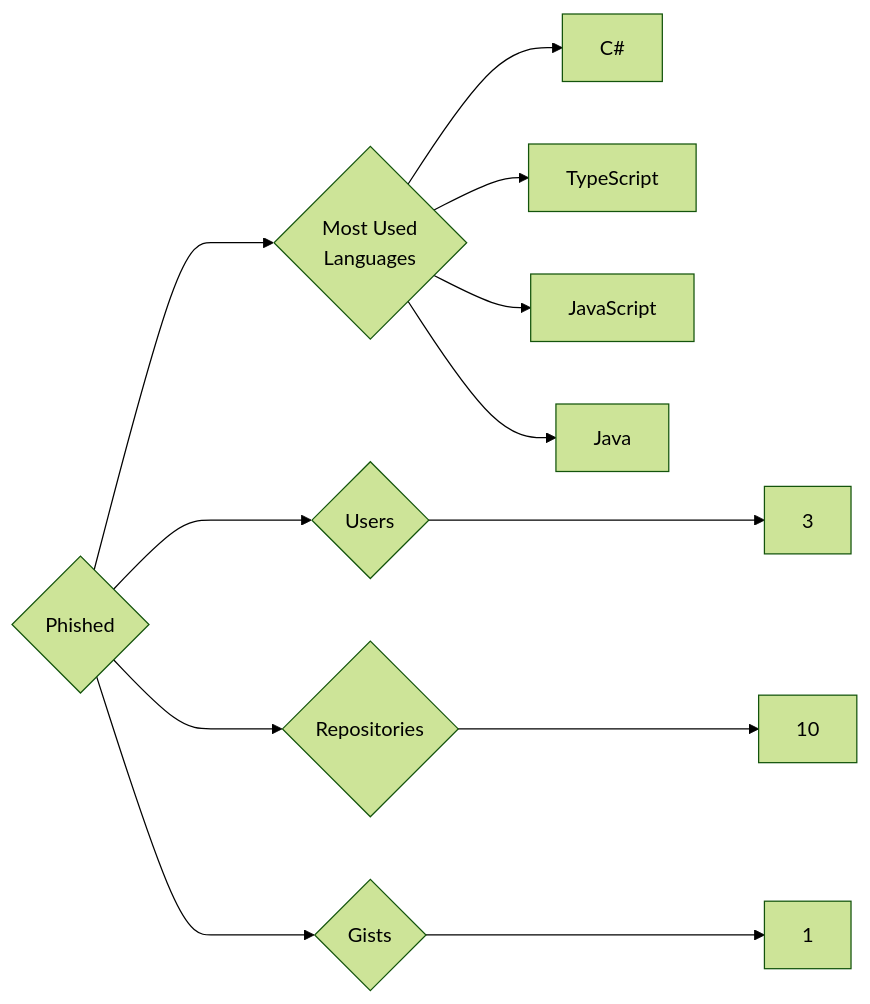
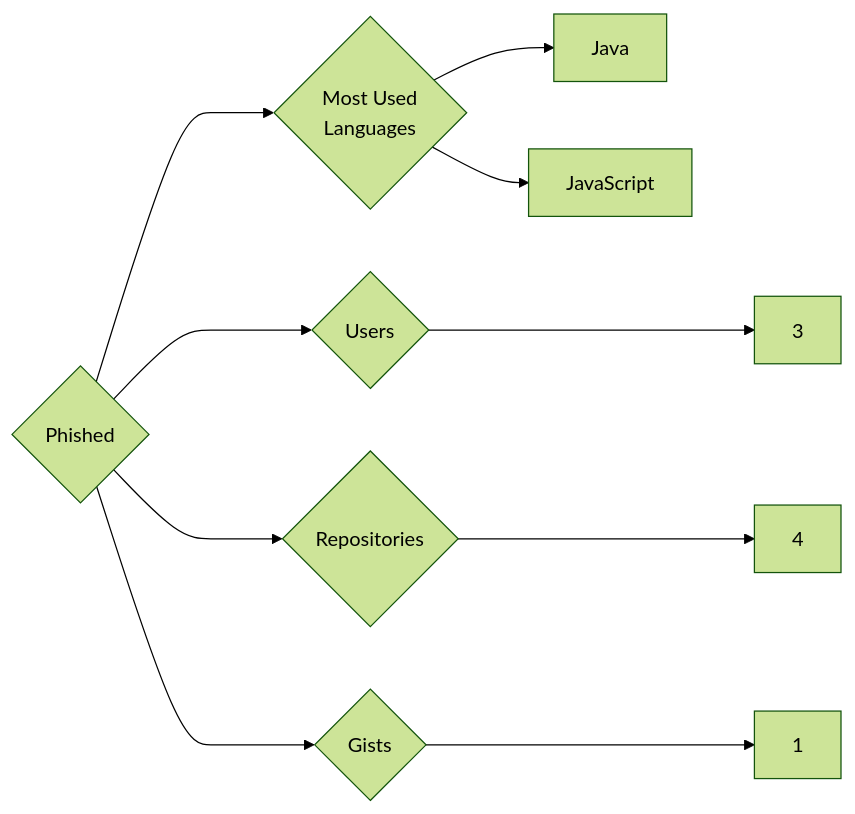
One commit to trickest/insiders changed the diagram in targets/Phished/README.md. Above: the diagram before and after it, drawn with Mermaid (forest theme). The commit also changed 815 other files, not shown here.

````diff
--- a/targets/Phished/README.md
+++ b/targets/Phished/README.md
@@ -3,12 +3,10 @@
 ```mermaid
 graph LR
 COMPANY_NAME{Phished}
 COMPANY_NAME ---> U{Users} ---> UN[3]
-COMPANY_NAME ---> R{Repositories} ---> RN[10]
+COMPANY_NAME ---> R{Repositories} ---> RN[4]
 COMPANY_NAME ---> G{Gists} ---> GN[1]
 COMPANY_NAME ---> ML{Most Used<br>Languages}
-ML --> C#[C#]
-ML --> TypeScript[TypeScript]
+ML --> Java[Java]
 ML --> JavaScript[JavaScript]
-ML --> Java[Java]
 ```
````
